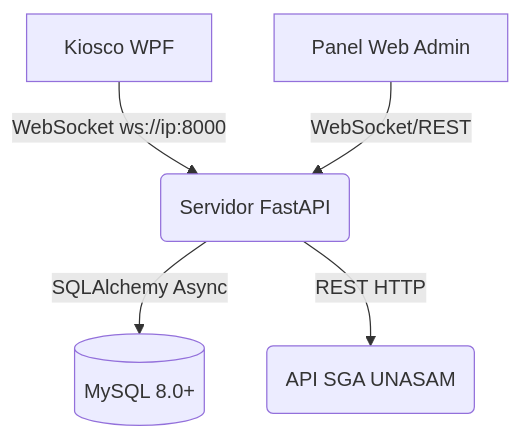
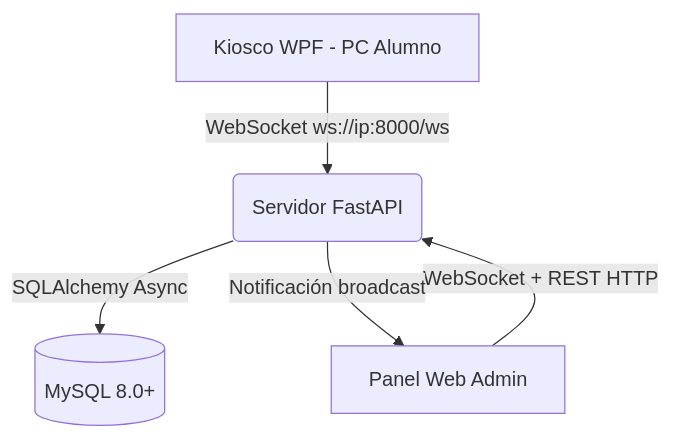
Before and after one commit to paraZmol/ControlBiblioteca: the first of 7 diagrams in README.md, drawn with Mermaid. The commit also changed other lines of this file, not shown here.

````diff
--- a/README.md
+++ b/README.md
@@ -50,7 +84,7 @@
 ```mermaid
 graph TD
-    A[Kiosco WPF] -- WebSocket ws://ip:8000 --> B(Servidor FastAPI)
+    A[Kiosco WPF - PC Alumno] -- WebSocket ws://ip:8000/ws --> B(Servidor FastAPI)
     B -- SQLAlchemy Async --> C[(MySQL 8.0+)]
-    B -- REST HTTP --> E(API SGA UNASAM)
-    D[Panel Web Admin] -- WebSocket/REST --> B
+    D[Panel Web Admin] -- WebSocket + REST HTTP --> B
+    B -- Notificación broadcast --> D
 ```
````
